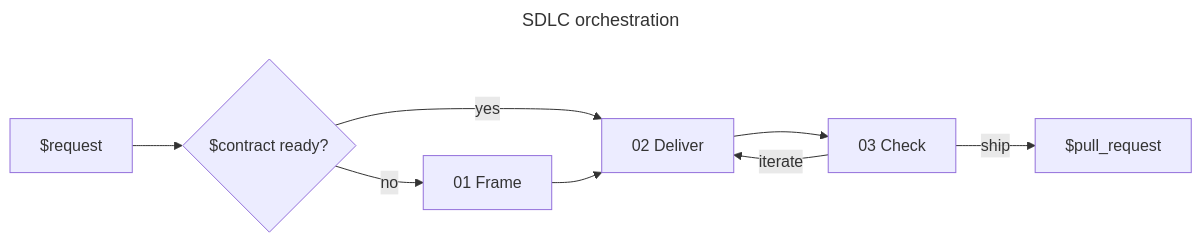
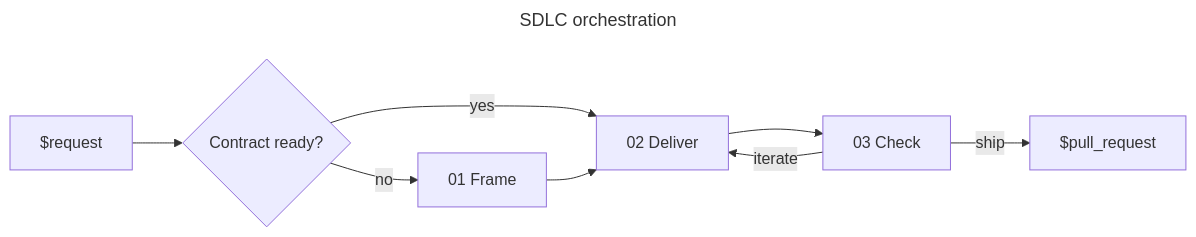
The diagram in plugins/aidd-orchestrator/skills/01-sdlc/SKILL.md (ai-driven-dev/aidd-framework), drawn with Mermaid before and after one commit. The commit also changed other lines of this file and 4 other files, not shown here.

````diff
--- a/plugins/aidd-orchestrator/skills/01-sdlc/SKILL.md
+++ b/plugins/aidd-orchestrator/skills/01-sdlc/SKILL.md
@@ -8,20 +8,20 @@
 ```mermaid
 ---
 title: SDLC orchestration
 ---
 flowchart LR
   Request["$request"]
-  Ready{"$contract ready?"}
+  Ready{"Contract ready?"}
   Frame["01 Frame"]
   Deliver["02 Deliver"]
   Check["03 Check"]
   PullRequest["$pull_request"]
 
   Request --> Ready
   Ready -- "no" --> Frame
   Ready -- "yes" --> Deliver
   Frame --> Deliver
   Deliver --> Check
   Check -- "iterate" --> Deliver
   Check -- "ship" --> PullRequest
 ```
````
